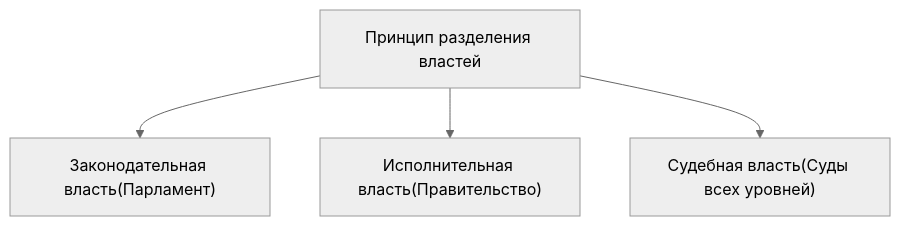
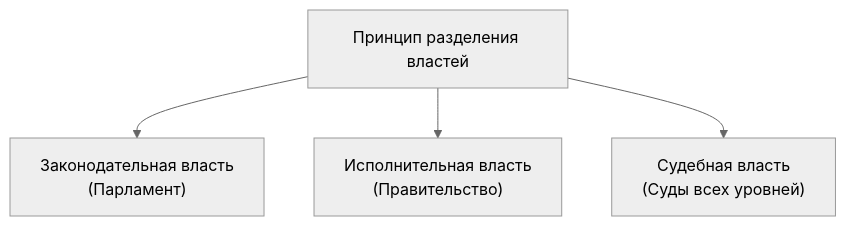
Before and after one commit to levo-pravo/9class146: the diagram in soc/RESULT.md, drawn with Mermaid (neutral theme).

Commit message:
ОБЩЕСТВОЗНАНИЕ RESULT.md

````diff
--- a/soc/RESULT.md
+++ b/soc/RESULT.md
@@ -35,6 +35,9 @@
 ```mermaid
 graph TD
-    A["Принцип разделения властей"] --> B["Законодательная власть(Парламент)"]
-    A --> C["Исполнительная власть(Правительство)"]
-    A --> D["Судебная власть(Суды всех уровней)"]
+    A["Принцип разделения властей"] --> B["Законодательная власть
+(Парламент)"]
+    A --> C["Исполнительная власть
+(Правительство)"]
+    A --> D["Судебная власть
+(Суды всех уровней)"]
 ```
````
